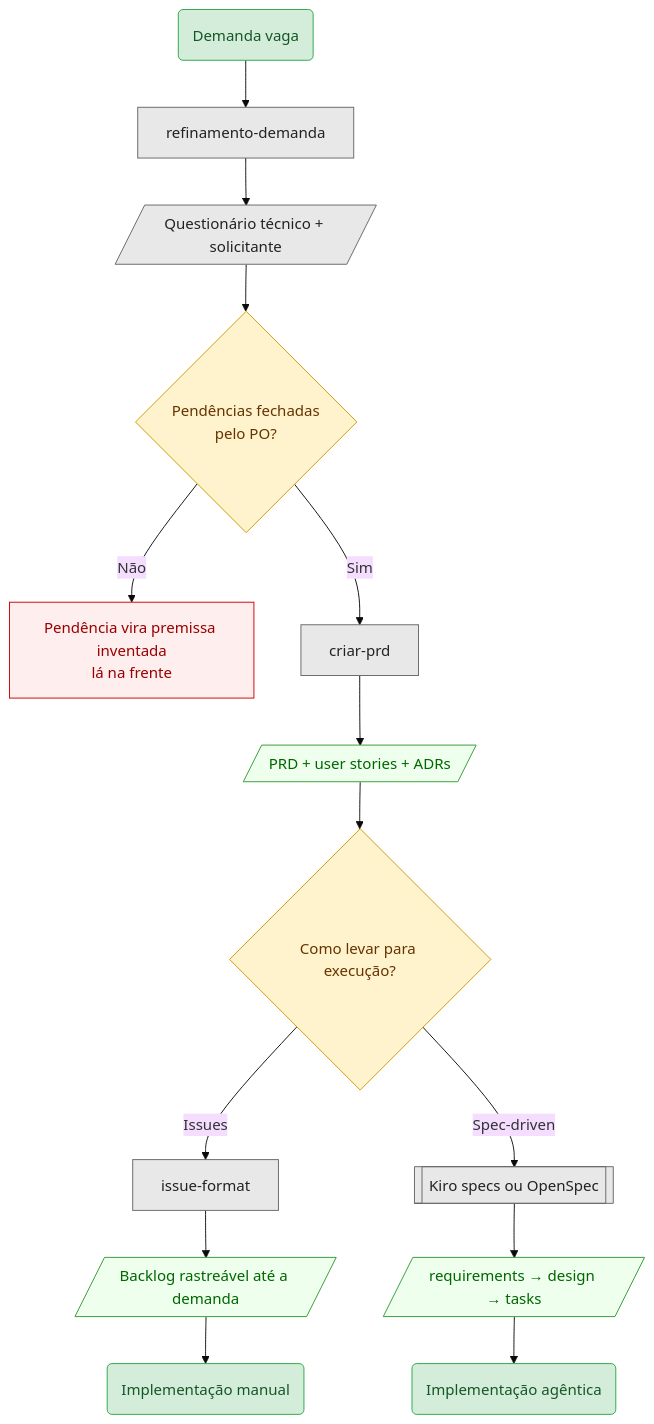
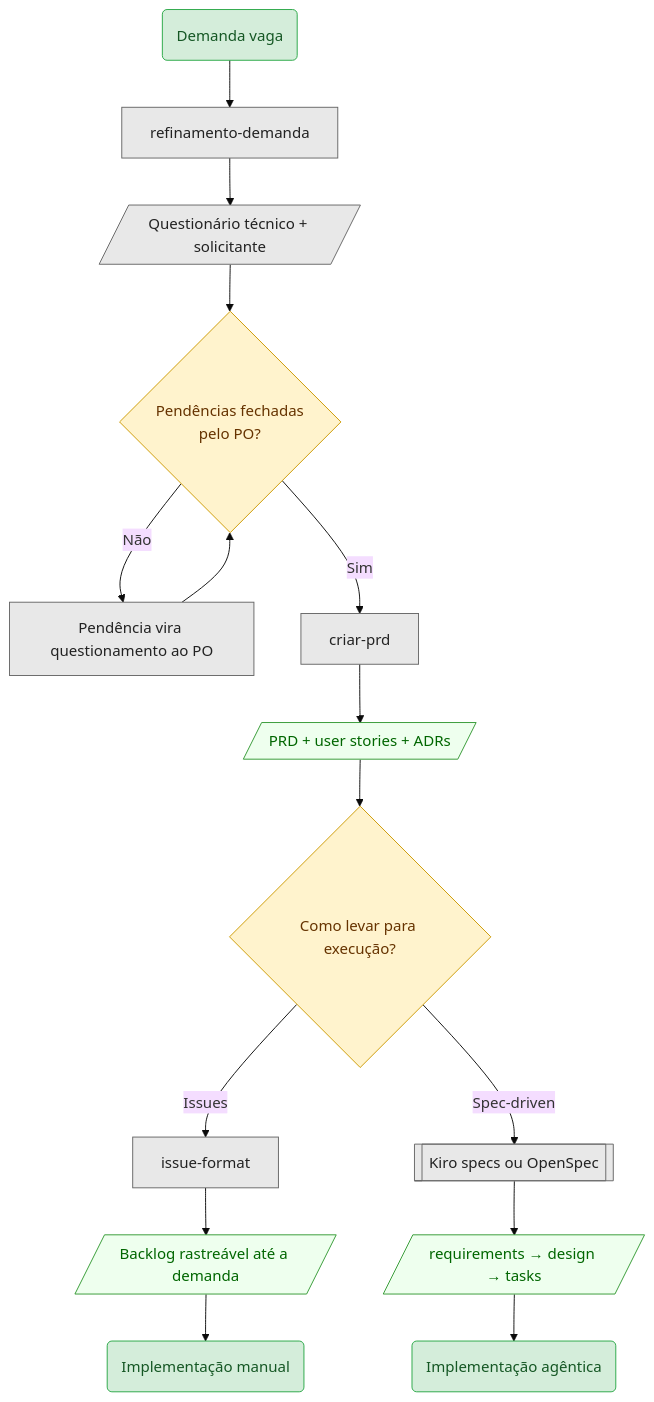
One commit to estrazulas/skills changed the diagram in skills/requisitos/refinamento-demanda/README.md. Above: the diagram before and after it, drawn with Mermaid.

Commit message:
docs: pendencia nao fechada volta como questionamento ao PO
No diagrama da cadeia, o ramo "pendencias fechadas pelo PO? — Nao"
terminava num no vermelho dizendo que a pendencia vira premissa inventada
la na frente. Isso descrevia a consequencia de ignorar a pendencia, nao o
que a skill faz com ela.

- o no passa a ser "Pendencia vira questionamento ao PO" e retorna ao
  proprio ponto de decisao, fechando o ciclo
- classe muda de error para action: perguntar ao PO e o processo
  funcionando, nao falha
- classDef error removido por ficar sem uso

````diff
--- a/skills/requisitos/refinamento-demanda/README.md
+++ b/skills/requisitos/refinamento-demanda/README.md
@@ -229,29 +229,28 @@
 ```mermaid
 %%{init: {'theme': 'base'}}%%
 graph TD
   A(Demanda vaga) --> B[refinamento-demanda]
   B --> C[/Questionário técnico + solicitante/]
   C --> D{Pendências fechadas<br/>pelo PO?}
-  D -->|Não| E[Pendência vira premissa inventada<br/>lá na frente]
+  D -->|Não| E[Pendência vira questionamento ao PO]
+  E --> D
   D -->|Sim| F[criar-prd]
   F --> G[/PRD + user stories + ADRs/]
   G --> H{Como levar para execução?}
   H -->|Issues| I[issue-format]
   H -->|Spec-driven| J[[Kiro specs ou OpenSpec]]
   I --> K[/Backlog rastreável até a demanda/]
   J --> L[/requirements → design → tasks/]
   K --> M(Implementação manual)
   L --> N(Implementação agêntica)
 
-  classDef error fill:#fee,color:#900,stroke:#c00
   classDef success fill:#efe,color:#060,stroke:#393
   classDef decision fill:#fff3cd,color:#630,stroke:#c90
   classDef action fill:#e8e8e8,color:#222,stroke:#666
   classDef startend fill:#d4edda,color:#155724,stroke:#28a745
 
-  class E error
   class G,K,L success
   class D,H decision
-  class B,C,F,I,J action
+  class B,C,E,F,I,J action
   class A,M,N startend
 ```
````
